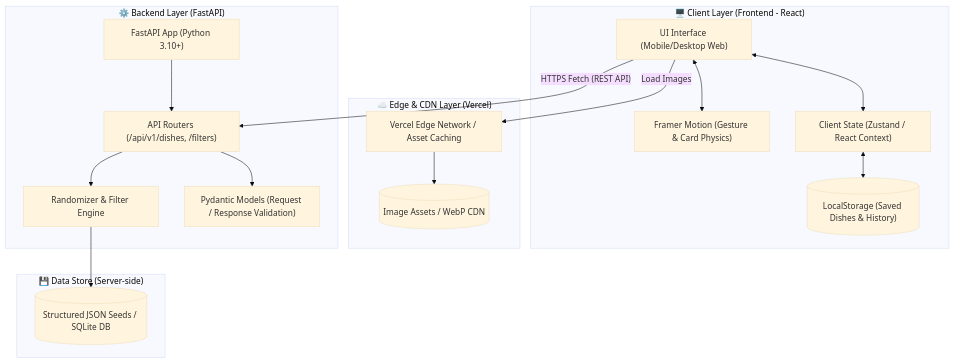
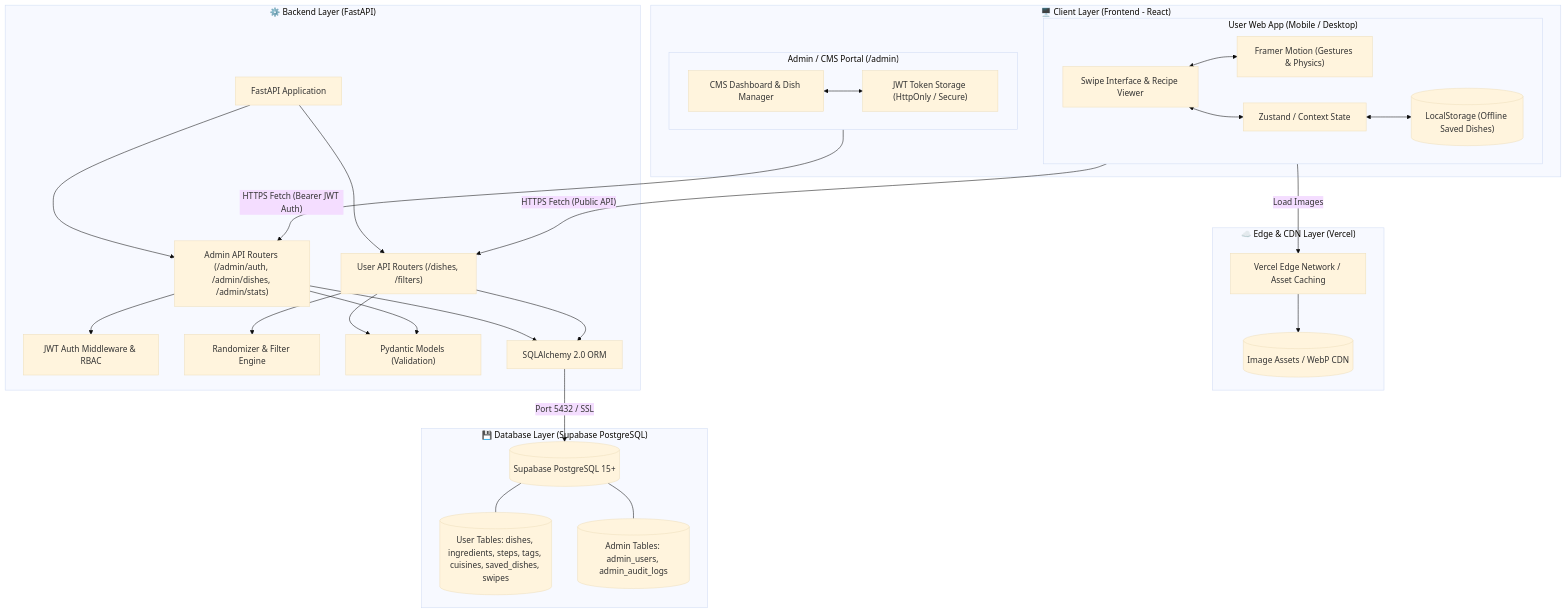
One commit to snowwminhduc1212/YumYumPick changed the first of 3 diagrams in docs/02_SYSTEM_ARCHITECTURE_AND_DESIGN.md. Above: the diagram before and after it, drawn with Mermaid (base theme). The commit also changed other lines of this file and 9 other files, not shown here.

````diff
--- a/docs/02_SYSTEM_ARCHITECTURE_AND_DESIGN.md
+++ b/docs/02_SYSTEM_ARCHITECTURE_AND_DESIGN.md
@@ -11,38 +11,58 @@
 ```mermaid
 flowchart TD
     subgraph Client["🖥️ Client Layer (Frontend - React)"]
-        UI["UI Interface (Mobile/Desktop Web)"]
-        Framer["Framer Motion (Gesture & Card Physics)"]
-        LS[("LocalStorage (Saved Dishes & History)")]
-        State["Client State (Zustand / React Context)"]
-        
-        UI <--> Framer
-        UI <--> State
-        State <--> LS
+        subgraph UserApp["User Web App (Mobile / Desktop)"]
+            UI["Swipe Interface & Recipe Viewer"]
+            Framer["Framer Motion (Gestures & Physics)"]
+            LS[("LocalStorage (Offline Saved Dishes)")]
+            State["Zustand / Context State"]
+            UI <--> Framer
+            UI <--> State
+            State <--> LS
+        end
+
+        subgraph AdminCMS["Admin / CMS Portal (/admin)"]
+            AdminUI["CMS Dashboard & Dish Manager"]
+            AdminAuth["JWT Token Storage (HttpOnly / Secure)"]
+            AdminUI <--> AdminAuth
+        end
     end
 
     subgraph CDN["☁️ Edge & CDN Layer (Vercel)"]
         VercelCDN["Vercel Edge Network / Asset Caching"]
         Images[("Image Assets / WebP CDN")]
     end
 
     subgraph Server["⚙️ Backend Layer (FastAPI)"]
-        API["FastAPI App (Python 3.10+)"]
-        Router["API Routers (/api/v1/dishes, /filters)"]
+        API["FastAPI Application"]
+        UserRouter["User API Routers (/dishes, /filters)"]
+        AdminRouter["Admin API Routers (/admin/auth, /admin/dishes, /admin/stats)"]
+        AuthMiddleware["JWT Auth Middleware & RBAC"]
         Engine["Randomizer & Filter Engine"]
-        Validator["Pydantic Models (Request / Response Validation)"]
+        Validator["Pydantic Models (Validation)"]
+        ORM["SQLAlchemy 2.0 ORM"]
         
-        API --> Router
-        Router --> Engine
-        Router --> Validator
+        API --> UserRouter
+        API --> AdminRouter
+        AdminRouter --> AuthMiddleware
+        UserRouter --> Engine
+        AdminRouter --> ORM
+        UserRouter --> ORM
+        UserRouter --> Validator
+        AdminRouter --> Validator
     end
 
-    subgraph Database["💾 Data Store (Server-side)"]
-        JSONStore[("Structured JSON Seeds / SQLite DB")]
+    subgraph Database["💾 Database Layer (Supabase PostgreSQL)"]
+        SupaDB[("Supabase PostgreSQL 15+")]
+        UserTables[("User Tables: dishes, ingredients, steps, tags, cuisines, saved_dishes, swipes")]
+        AdminTables[("Admin Tables: admin_users, admin_audit_logs")]
+        SupaDB --- UserTables
+        SupaDB --- AdminTables
     end
 
-    UI -- "HTTPS Fetch (REST API)" --> Router
-    UI -- "Load Images" --> VercelCDN
+    UserApp -- "HTTPS Fetch (Public API)" --> UserRouter
+    AdminCMS -- "HTTPS Fetch (Bearer JWT Auth)" --> AdminRouter
+    UserApp -- "Load Images" --> VercelCDN
     VercelCDN --> Images
-    Engine --> JSONStore
+    ORM -- "Port 5432 / SSL" --> SupaDB
 ```
````
